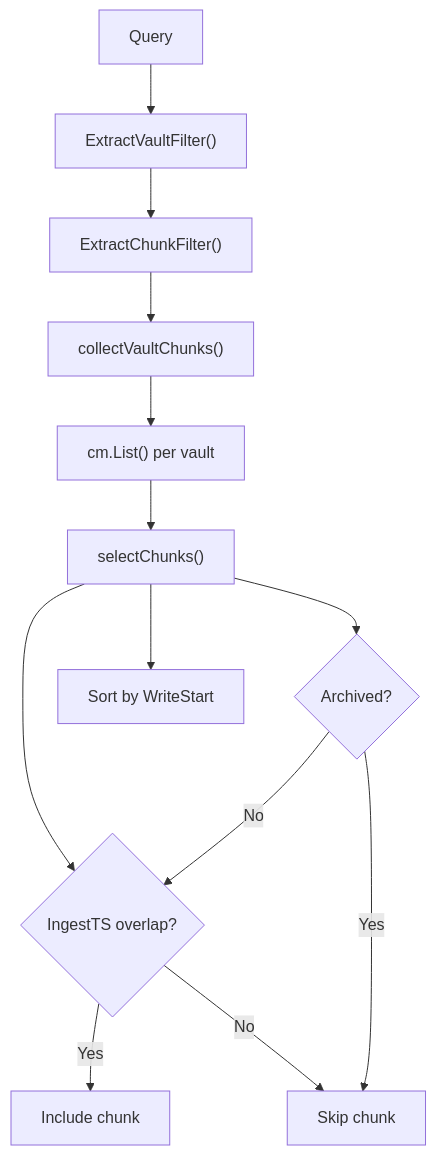
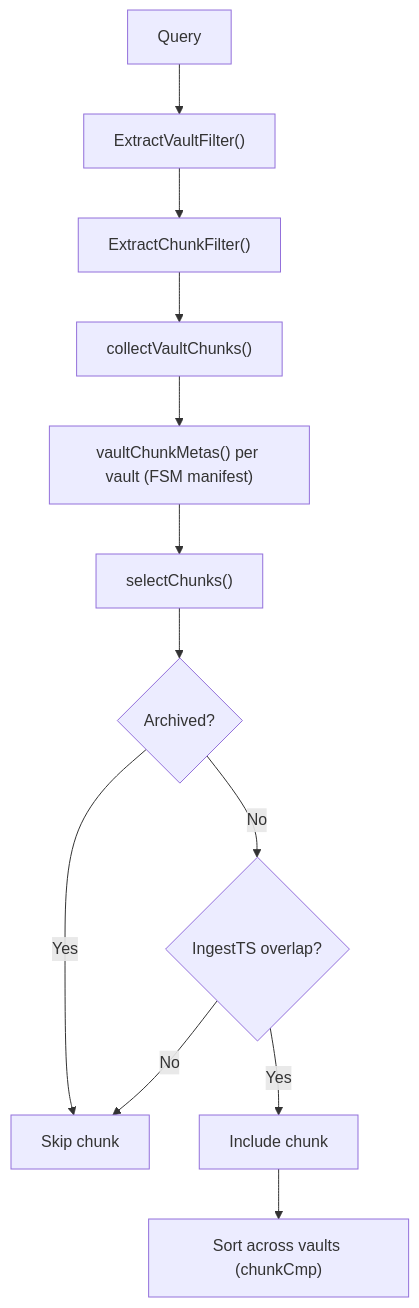
The third of 10 diagrams in docs/query_execution.md (kluzzebass/gastrolog), drawn with Mermaid before and after one commit. The commit also changed other lines of this file, not shown here.

First line of the commit message:
docs: align query_execution.md with the FSM-listed chunk path

````diff
--- a/docs/query_execution.md
+++ b/docs/query_execution.md
@@ -55,19 +55,17 @@
 ```mermaid
 flowchart TD
     Q["Query"] --> VF["ExtractVaultFilter()"]
     VF --> CF["ExtractChunkFilter()"]
     CF --> CV["collectVaultChunks()"]
 
-    CV --> ListLocal["cm.List() per vault"]
-    ListLocal --> SC["selectChunks()"]
-
-    SC --> TimeCheck{"IngestTS overlap?"}
-    TimeCheck -->|Yes| Include["Include chunk"]
-    TimeCheck -->|No| Skip["Skip chunk"]
+    CV --> ListMetas["vaultChunkMetas() per vault (FSM manifest)"]
+    ListMetas --> SC["selectChunks()"]
 
     SC --> ArchiveCheck{"Archived?"}
-    ArchiveCheck -->|Yes| Skip
-    ArchiveCheck -->|No| TimeCheck
+    ArchiveCheck -->|Yes| Skip["Skip chunk"]
+    ArchiveCheck -->|No| TimeCheck{"IngestTS overlap?"}
+    TimeCheck -->|Yes| Include["Include chunk"]
+    TimeCheck -->|No| Skip
 
-    SC --> Sort["Sort by WriteStart"]
+    Include --> Sort["Sort across vaults (chunkCmp)"]
 ```
````
